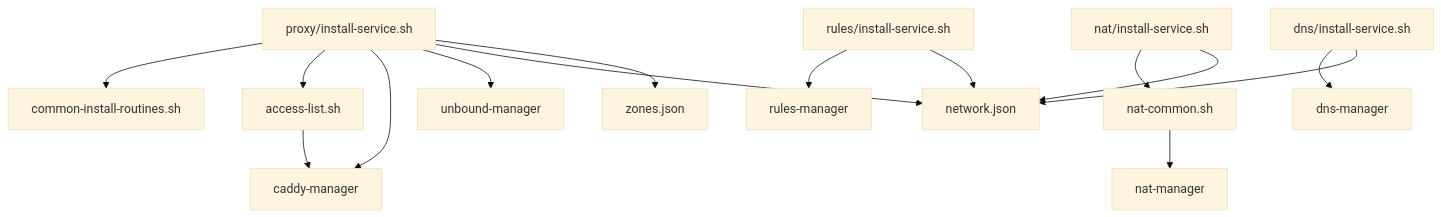
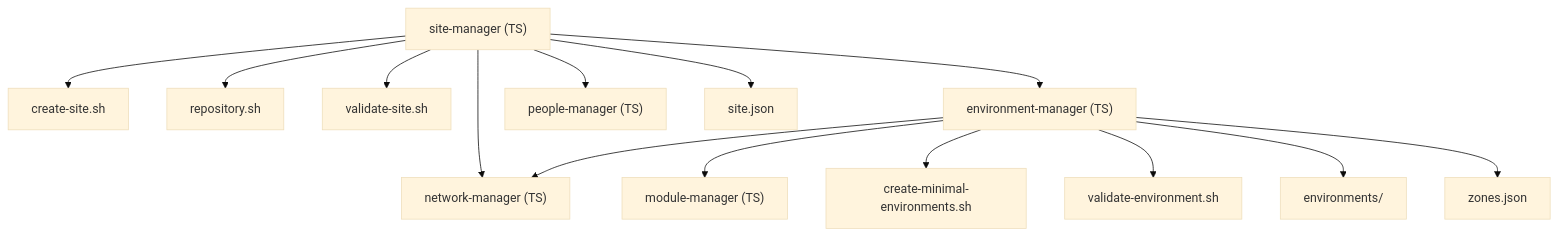
One commit to TAPPaaS/TAPPaaS changed the second of 5 diagrams in src/foundation/DEPENDENCIES.md. Above: the diagram before and after it, drawn with Mermaid (base theme). The commit also changed other lines of this file and 2 other files, not shown here.

````diff
--- a/src/foundation/DEPENDENCIES.md
+++ b/src/foundation/DEPENDENCIES.md
@@ -210,17 +213,16 @@
 ```mermaid
 graph TD
-    PI["proxy/install-service.sh"] --> CIR["common-install-routines.sh"]
-    PI --> AL["access-list.sh"]
-    PI --> CM["caddy-manager"]
-    PI --> UB["unbound-manager"]
-    PI --> NJ["network.json"]
-    PI --> ZJ["zones.json"]
-    AL --> CM
-    RI["rules/install-service.sh"] --> RM["rules-manager"]
-    RI --> NJ
-    NI["nat/install-service.sh"] --> NC["nat-common.sh"]
-    NC --> NM["nat-manager"]
-    NI --> NJ
-    DI["dns/install-service.sh"] --> DNS["dns-manager"]
-    DI --> NJ
+    SM["site-manager (TS)"] --> CST["create-site.sh"]
+    SM --> REP["repository.sh"]
+    SM --> VST["validate-site.sh"]
+    SM --> EM["environment-manager (TS)"]
+    SM --> NM["network-manager (TS)"]
+    SM --> PM["people-manager (TS)"]
+    SM --> SJ["site.json"]
+    EM --> NM
+    EM --> MM["module-manager (TS)"]
+    EM --> CME["create-minimal-environments.sh"]
+    EM --> VE["validate-environment.sh"]
+    EM --> ENV["environments/"]
+    EM --> ZJ["zones.json"]
 ```
````
